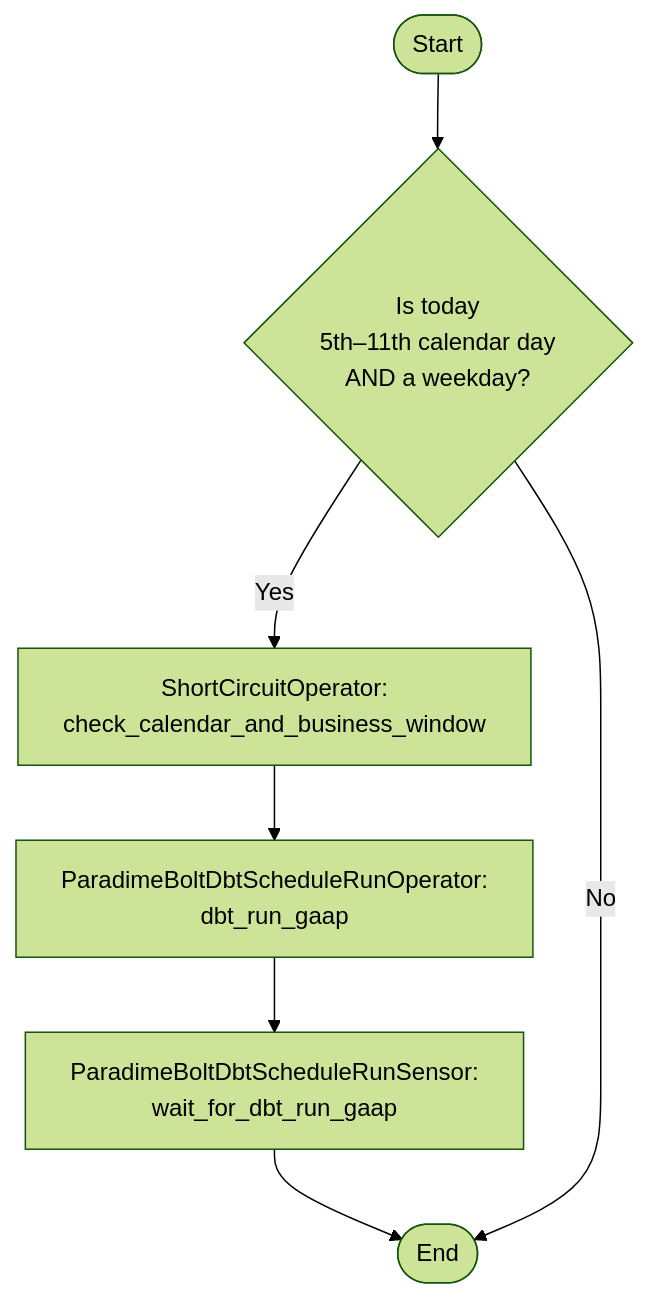
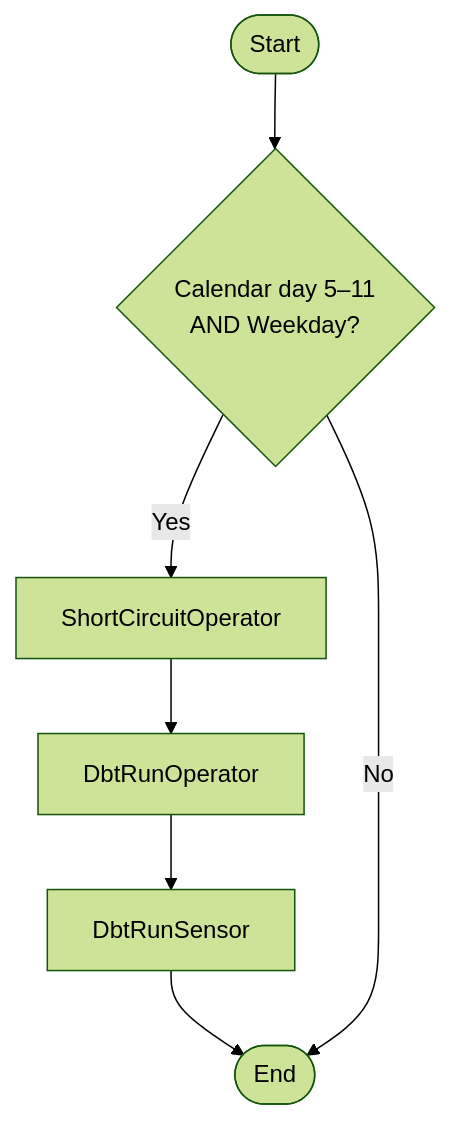
One commit to dymytryo/airflow changed the diagram in circuit/short_circuit.md. Above: the diagram before and after it, drawn with Mermaid (forest theme). The commit also changed other lines of this file, not shown here.

````diff
--- a/circuit/short_circuit.md
+++ b/circuit/short_circuit.md
@@ -1,9 +53,9 @@
 ```mermaid
 flowchart TD
-  A([Start]) --> B{Is today<br/>5th–11th calendar day<br/>AND a weekday?}
-  B -- Yes --> C[ShortCircuitOperator:<br/>check_calendar_and_business_window]
-  C --> D[ParadimeBoltDbtScheduleRunOperator:<br/>dbt_run_gaap]
-  D --> E[ParadimeBoltDbtScheduleRunSensor:<br/>wait_for_dbt_run_gaap]
+  A([Start]) --> B{Calendar day 5–11<br/>AND Weekday?}
+  B -- Yes --> C[ShortCircuitOperator]
+  C --> D[DbtRunOperator]
+  D --> E[DbtRunSensor]
   E --> F([End])
   B -- No --> F
 ```
````
